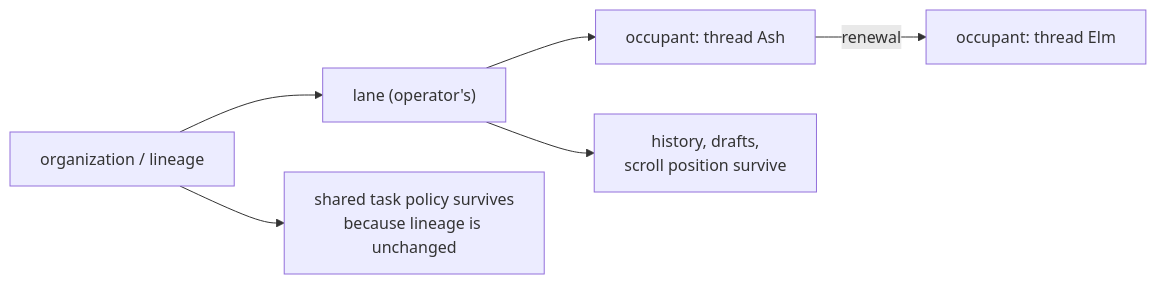
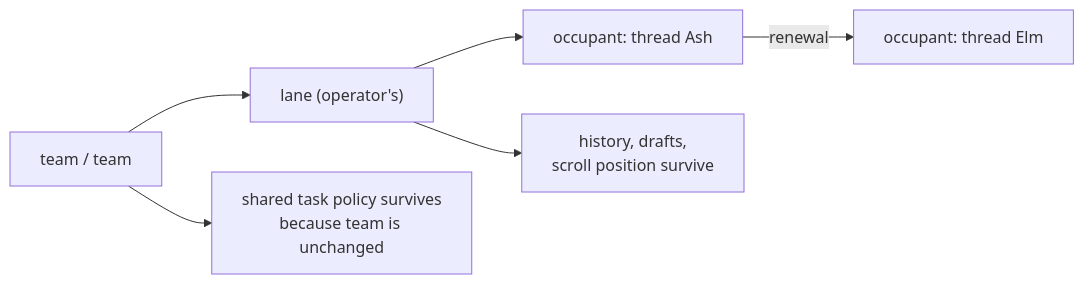
One commit to infimalabs/spice-rust changed diagram 11 of 25 in docs/product/value.md. Above: the diagram before and after it, drawn with Mermaid. The commit also changed other lines of this file and 235 other files, not shown here.

````diff
--- a/docs/product/value.md
+++ b/docs/product/value.md
@@ -247,8 +247,8 @@
 ```mermaid
 flowchart LR
-  T["organization / lineage"] --> L
+  T["team / team"] --> L
   L["lane (operator's)"] --> CurrentOccupant["occupant: thread Ash"]
   CurrentOccupant -- renewal --> Successor["occupant: thread Elm"]
   L --> H["history, drafts,<br/>scroll position survive"]
-  T --> P["shared task policy survives<br/>because lineage is unchanged"]
+  T --> P["shared task policy survives<br/>because team is unchanged"]
 ```
````
